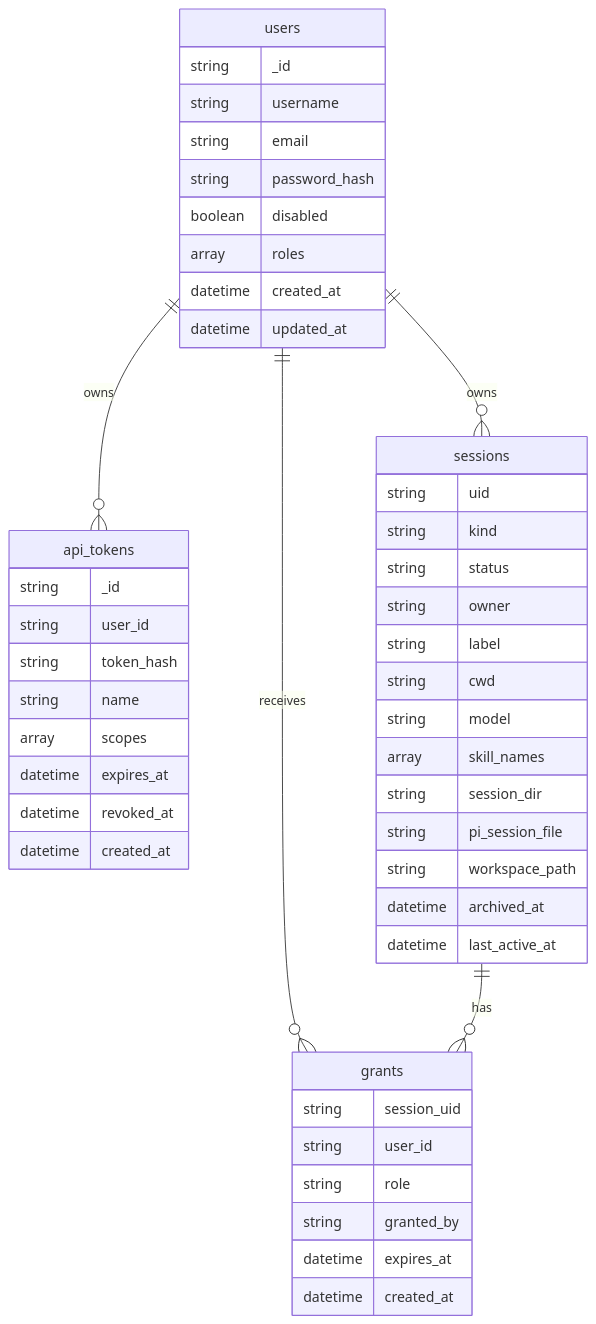
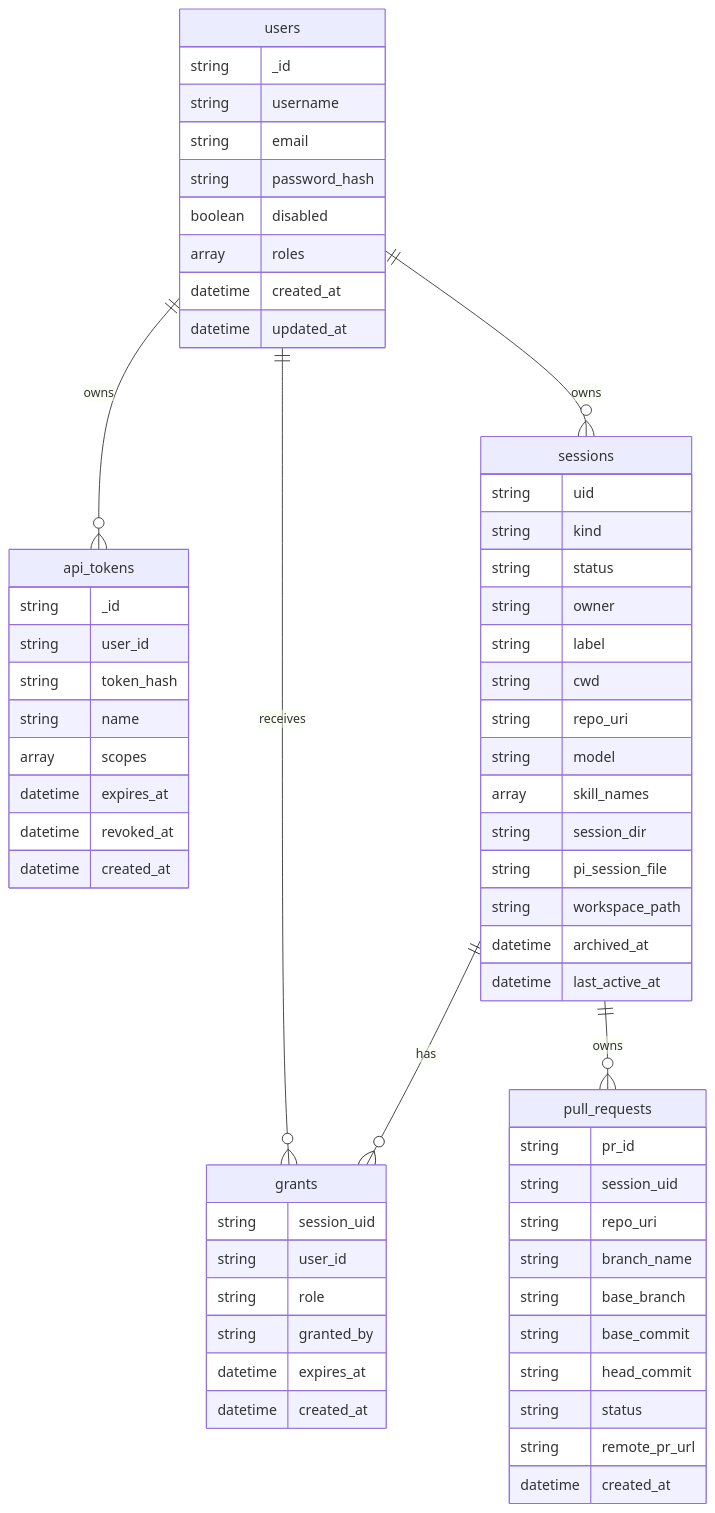
The first of 2 diagrams in design/pi_server/dd_data_model_auth.md (marcbaechinger/ajapopaja-build), drawn with Mermaid before and after one commit. The commit also changed other lines of this file and 6 other files, not shown here.

````diff
--- a/design/pi_server/dd_data_model_auth.md
+++ b/design/pi_server/dd_data_model_auth.md
@@ -16,51 +16,65 @@
 ```mermaid
 erDiagram
     users ||--o{ api_tokens : "owns"
     users ||--o{ sessions : "owns"
     users ||--o{ grants : "receives"
     sessions ||--o{ grants : "has"
+    sessions ||--o{ pull_requests : "owns"
 
     users {
         string _id
         string username
         string email
         string password_hash
         boolean disabled
         array roles
         datetime created_at
         datetime updated_at
     }
     api_tokens {
         string _id
         string user_id
         string token_hash
         string name
         array scopes
         datetime expires_at
         datetime revoked_at
         datetime created_at
     }
     sessions {
         string uid
         string kind
         string status
         string owner
         string label
         string cwd
+        string repo_uri
         string model
         array skill_names
         string session_dir
         string pi_session_file
         string workspace_path
         datetime archived_at
         datetime last_active_at
+    }
+    pull_requests {
+        string pr_id
+        string session_uid
+        string repo_uri
+        string branch_name
+        string base_branch
+        string base_commit
+        string head_commit
+        string status
+        string remote_pr_url
+        datetime created_at
     }
     grants {
         string session_uid
         string user_id
         string role
         string granted_by
         datetime expires_at
         datetime created_at
     }
 ```
````
